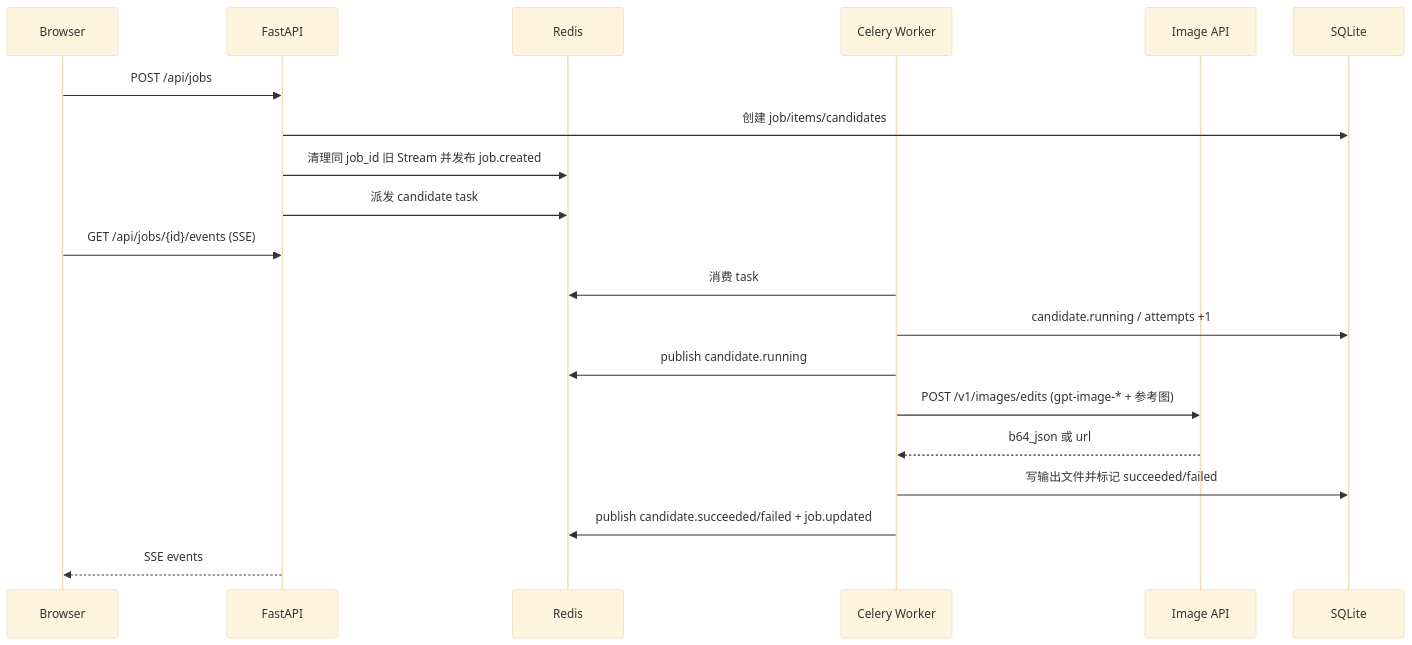
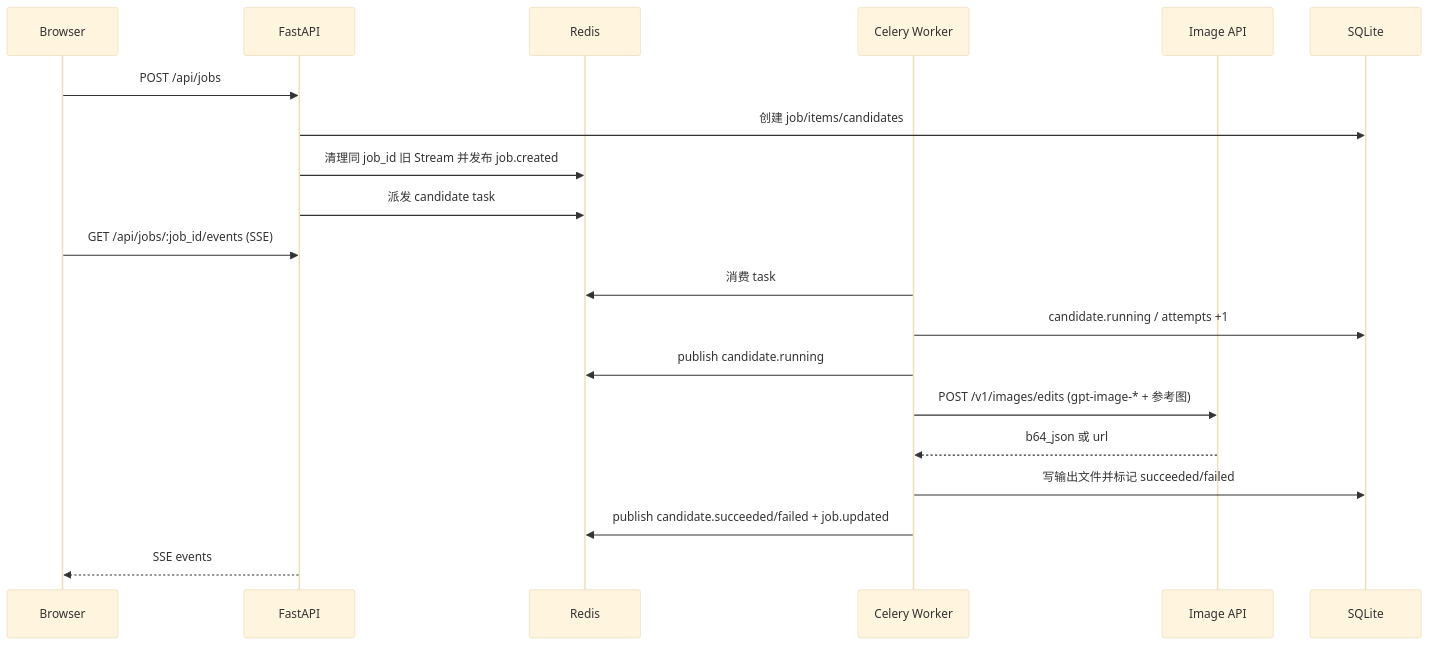
The second of 2 diagrams in README.md (ma1688/image-local), drawn with Mermaid (base theme) before and after one commit. The commit also changed other lines of this file and 1 other file, not shown here.

Commit message:
修复readme mermaid 语法

````diff
--- a/README.md
+++ b/README.md
@@ -39,23 +39,23 @@
 ```mermaid
 sequenceDiagram
   participant U as Browser
   participant A as FastAPI
   participant R as Redis
   participant W as Celery Worker
   participant P as Image API
   participant D as SQLite
 
   U->>A: POST /api/jobs
   A->>D: 创建 job/items/candidates
   A->>R: 清理同 job_id 旧 Stream 并发布 job.created
   A->>R: 派发 candidate task
-  U->>A: GET /api/jobs/{id}/events (SSE)
+  U->>A: GET /api/jobs/:job_id/events (SSE)
   W->>R: 消费 task
   W->>D: candidate.running / attempts +1
   W->>R: publish candidate.running
   W->>P: POST /v1/images/edits (gpt-image-* + 参考图)
   P-->>W: b64_json 或 url
   W->>D: 写输出文件并标记 succeeded/failed
   W->>R: publish candidate.succeeded/failed + job.updated
   A-->>U: SSE events
 ```
````
